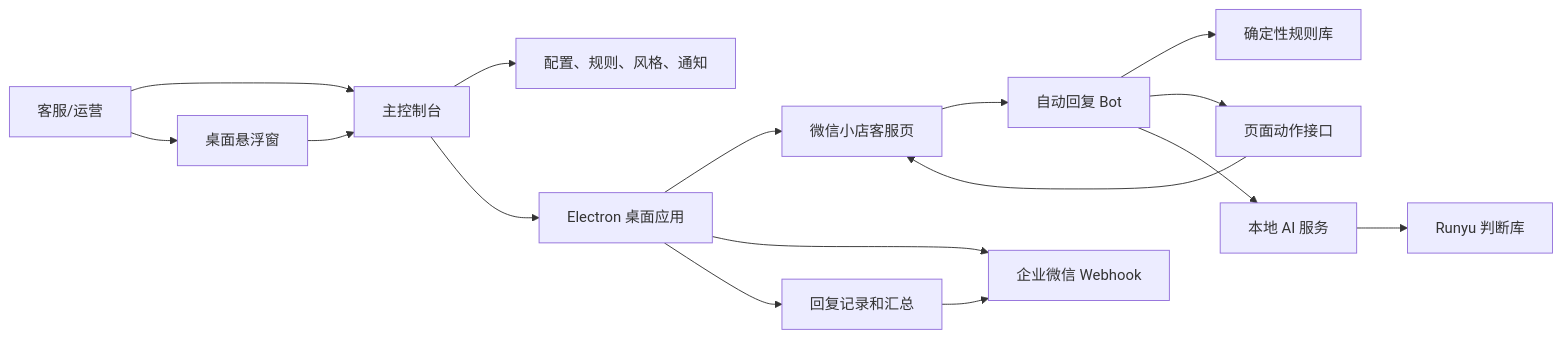
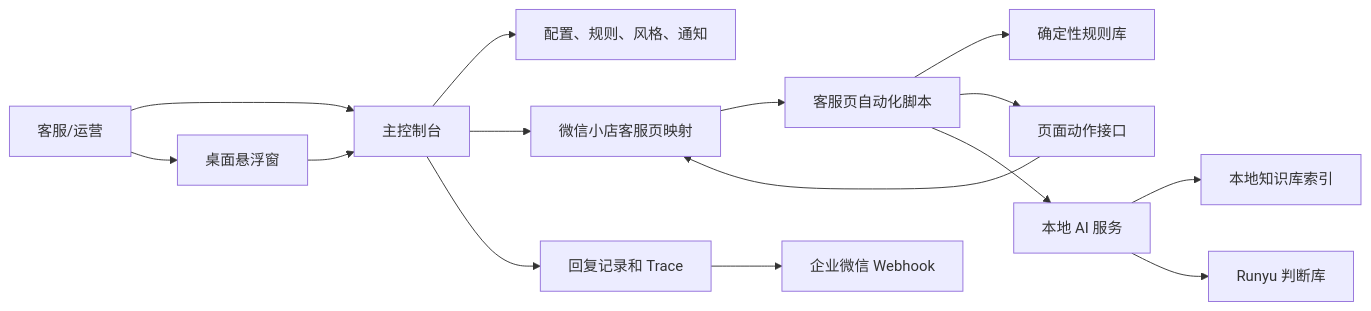
The first of 2 diagrams in README.md (JahanHe/wechat-autoreply), drawn with Mermaid before and after one commit. The commit also changed other lines of this file, not shown here.

````diff
--- a/README.md
+++ b/README.md
@@ -44,18 +52,17 @@
 ```mermaid
 flowchart LR
-  Operator["客服/运营"] --> Console["主控制台"]
-  Operator --> Float["桌面悬浮窗"]
-  Console --> Config["配置、规则、风格、通知"]
+  User["客服/运营"] --> Console["主控制台"]
+  User --> Float["桌面悬浮窗"]
+  Console --> Settings["配置、规则、风格、通知"]
+  Console --> Page["微信小店客服页映射"]
+  Page --> Script["客服页自动化脚本"]
+  Script --> Rules["确定性规则库"]
+  Script --> Actions["页面动作接口"]
+  Script --> AI["本地 AI 服务"]
+  AI --> Knowledge["本地知识库索引"]
+  AI --> Runyu["Runyu 判断库"]
+  Actions --> Page
+  Console --> Records["回复记录和 Trace"]
+  Records --> Webhook["企业微信 Webhook"]
   Float --> Console
-  Console --> App["Electron 桌面应用"]
-  App --> Page["微信小店客服页"]
-  Page --> Bot["自动回复 Bot"]
-  Bot --> Rules["确定性规则库"]
-  Bot --> Actions["页面动作接口"]
-  Bot --> AI["本地 AI 服务"]
-  AI --> Judgments["Runyu 判断库"]
-  Actions --> Page
-  App --> Hook["企业微信 Webhook"]
-  App --> Records["回复记录和汇总"]
-  Records --> Hook
 ```
````
